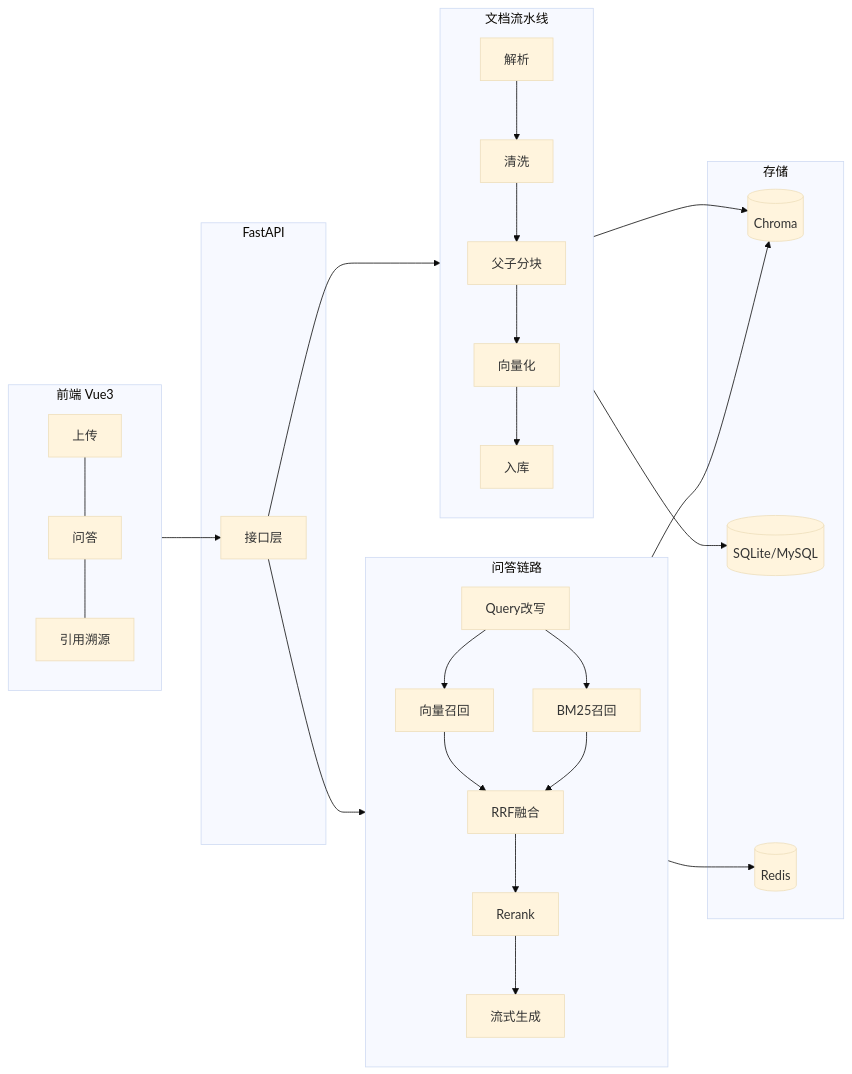
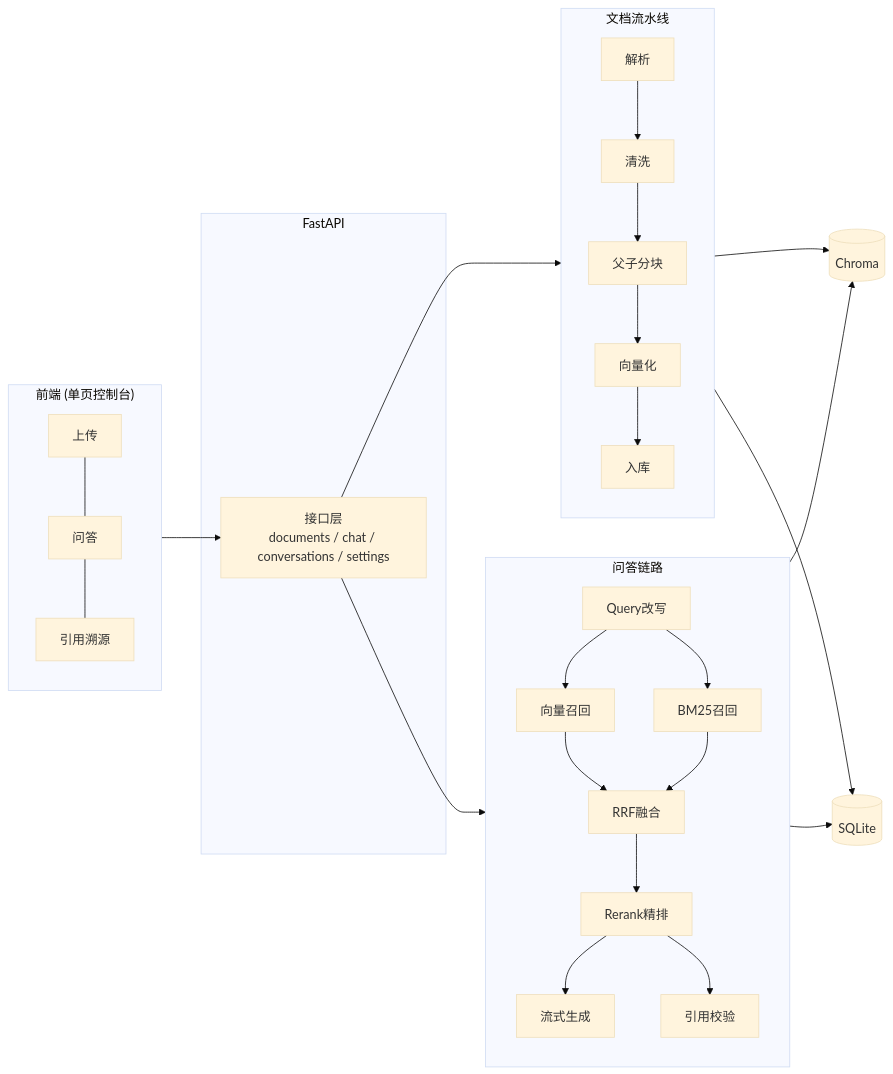
One commit to foolishsir/-Agent changed the diagram in README.md. Above: the diagram before and after it, drawn with Mermaid (base theme). The commit also changed other lines of this file and 13 other files, not shown here.

````diff
--- a/README.md
+++ b/README.md
@@ -51,33 +262,28 @@
 ```mermaid
 graph LR
-    subgraph C["前端 Vue3"]
+    subgraph C["前端 (单页控制台)"]
         UP[上传] --- CHAT[问答] --- CITE[引用溯源]
     end
 
     subgraph A["FastAPI"]
-        API[接口层]
+        API["接口层<br/>documents / chat / conversations / settings"]
     end
 
     subgraph W["文档流水线"]
         PARSE[解析] --> CLEAN[清洗] --> CHUNK[父子分块] --> EMB[向量化] --> STORE[入库]
     end
 
     subgraph R["问答链路"]
-        RW[Query改写] --> VR[向量召回] --> RRF[RRF融合] --> RR[Rerank] --> GEN[流式生成]
+        RW[Query改写] --> VR[向量召回] --> RRF[RRF融合] --> RR[Rerank精排] --> GEN[流式生成]
         RW --> BM[BM25召回] --> RRF
-    end
-
-    subgraph S["存储"]
-        VDB[(Chroma)]
-        DB[(SQLite/MySQL)]
-        RD[(Redis)]
+        RR --> CITE2[引用校验]
     end
 
     C --> API
     API --> W
     API --> R
-    W --> VDB
-    W --> DB
+    W --> VDB[(Chroma)]
+    W --> DB[(SQLite)]
     R --> VDB
-    R --> RD
+    R --> DB
 ```
````
